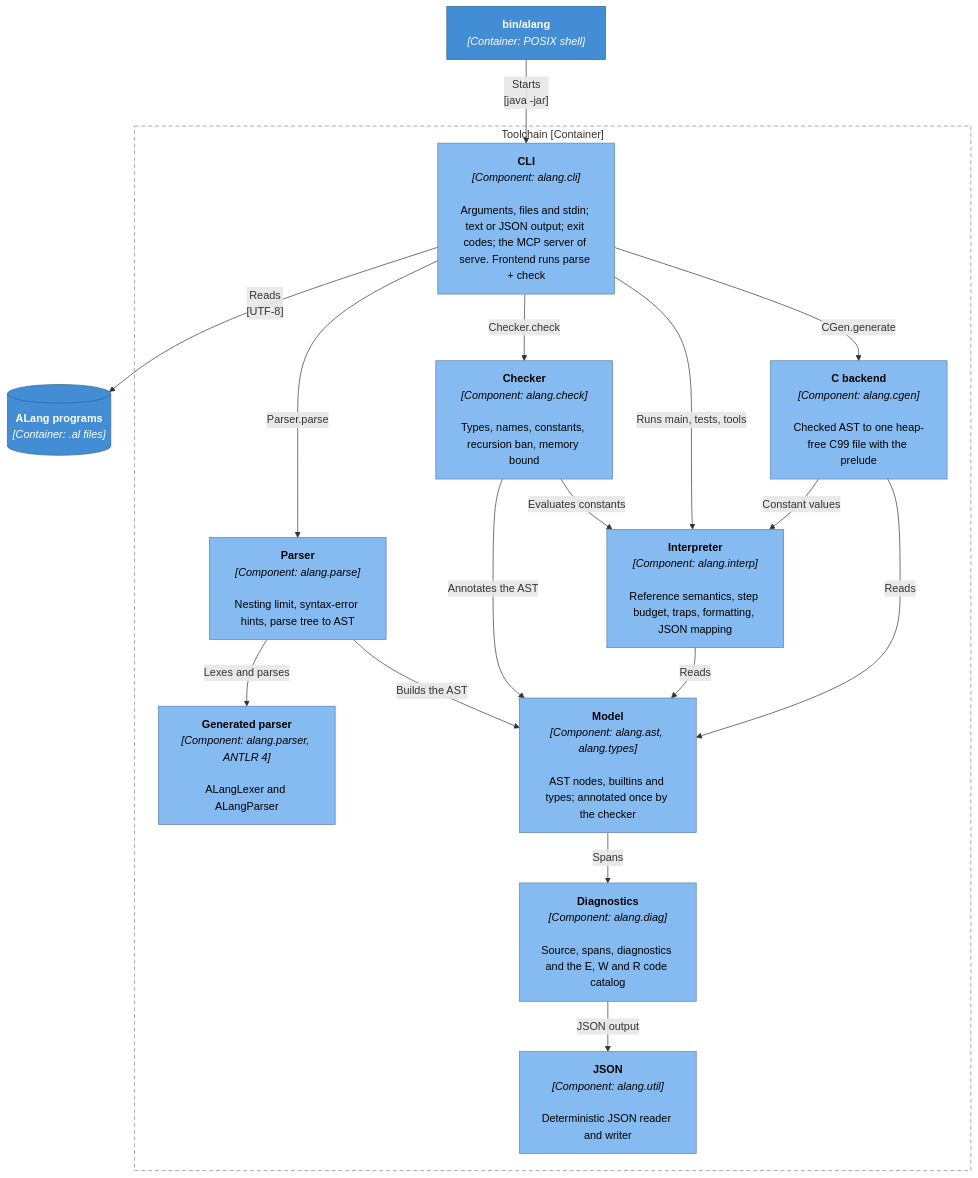
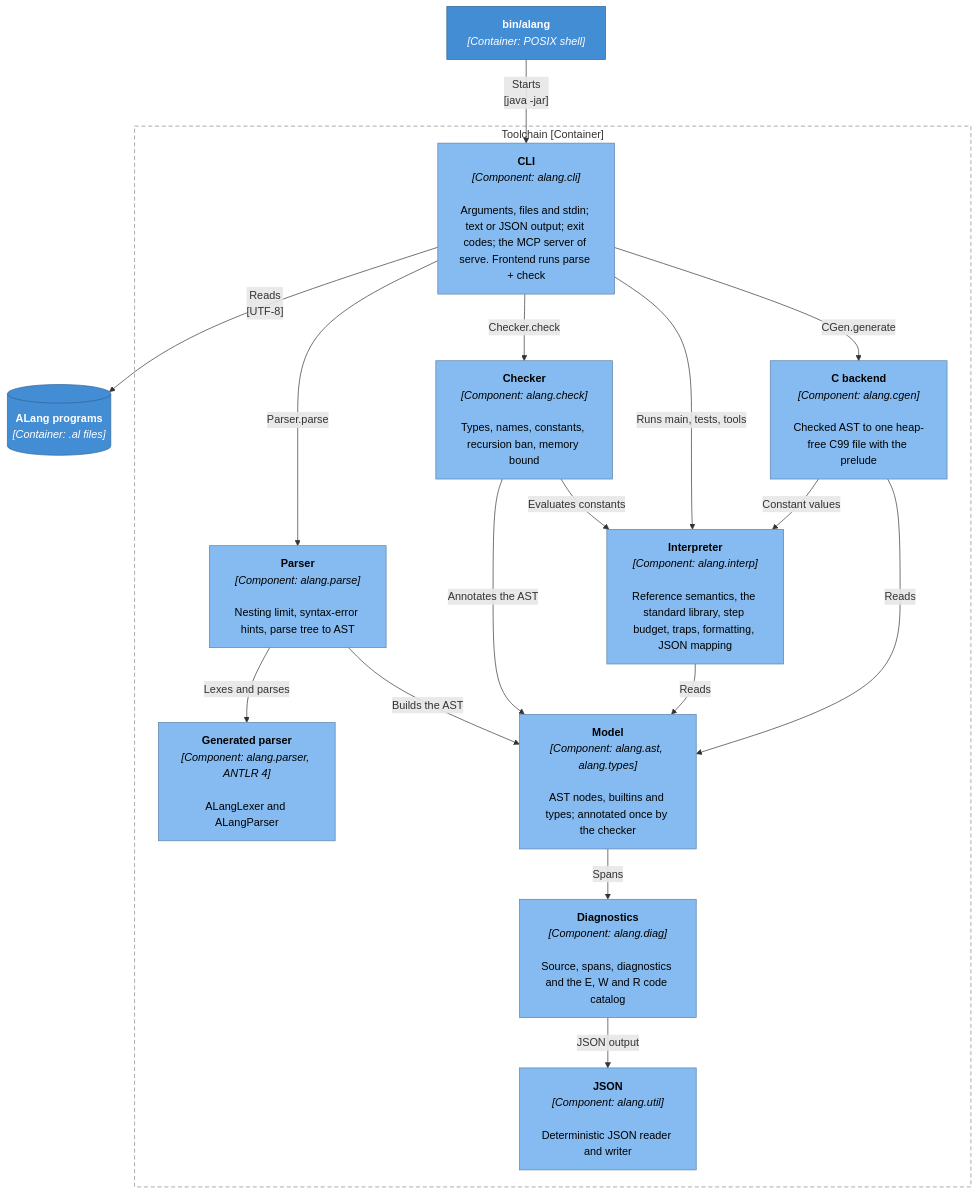
Before and after one commit to adamw7/alang: the third of 4 diagrams in docs/ARCHITECTURE.md, drawn with Mermaid. The commit also changed 116 other files, not shown here.

First line of the commit message:
Add a standard library

````diff
--- a/docs/ARCHITECTURE.md
+++ b/docs/ARCHITECTURE.md
@@ -93,39 +93,39 @@
 ```mermaid
 flowchart TB
     launcher["<b>bin/alang</b><br/><i>[Container: POSIX shell]</i>"]
     programs[("<b>ALang programs</b><br/><i>[Container: .al files]</i>")]
 
     subgraph jar ["Toolchain [Container]"]
         cli["<b>CLI</b><br/><i>[Component: alang.cli]</i><br/><br/>Arguments, files and stdin; text or JSON output; exit codes; the MCP server of serve. Frontend runs parse + check"]
         parse["<b>Parser</b><br/><i>[Component: alang.parse]</i><br/><br/>Nesting limit, syntax-error hints, parse tree to AST"]
         check["<b>Checker</b><br/><i>[Component: alang.check]</i><br/><br/>Types, names, constants, recursion ban, memory bound"]
-        interp["<b>Interpreter</b><br/><i>[Component: alang.interp]</i><br/><br/>Reference semantics, step budget, traps, formatting, JSON mapping"]
+        interp["<b>Interpreter</b><br/><i>[Component: alang.interp]</i><br/><br/>Reference semantics, the standard library, step budget, traps, formatting, JSON mapping"]
         cgen["<b>C backend</b><br/><i>[Component: alang.cgen]</i><br/><br/>Checked AST to one heap-free C99 file with the prelude"]
         gen["<b>Generated parser</b><br/><i>[Component: alang.parser, ANTLR 4]</i><br/><br/>ALangLexer and ALangParser"]
         model["<b>Model</b><br/><i>[Component: alang.ast, alang.types]</i><br/><br/>AST nodes, builtins and types; annotated once by the checker"]
         diag["<b>Diagnostics</b><br/><i>[Component: alang.diag]</i><br/><br/>Source, spans, diagnostics and the E, W and R code catalog"]
         util["<b>JSON</b><br/><i>[Component: alang.util]</i><br/><br/>Deterministic JSON reader and writer"]
     end
 
     launcher -- "Starts<br/>[java -jar]" --> cli
     cli -- "Reads<br/>[UTF-8]" --> programs
     cli -- "Parser.parse" --> parse
     cli -- "Checker.check" --> check
     cli -- "Runs main, tests, tools" --> interp
     cli -- "CGen.generate" --> cgen
     parse -- "Lexes and parses" --> gen
     parse -- "Builds the AST" --> model
     check -- "Annotates the AST" --> model
     check -- "Evaluates constants" --> interp
     cgen -- "Constant values" --> interp
     cgen -- "Reads" --> model
     interp -- "Reads" --> model
     model -- "Spans" --> diag
     diag -- "JSON output" --> util
 
     classDef container fill:#438dd5,stroke:#2e6295,color:#fff
     classDef component fill:#85bbf0,stroke:#5d82a8,color:#000
     class launcher,programs container
     class cli,parse,check,interp,cgen,gen,model,diag,util component
     style jar fill:none,stroke:#888,stroke-dasharray:6 4
 ```
````
